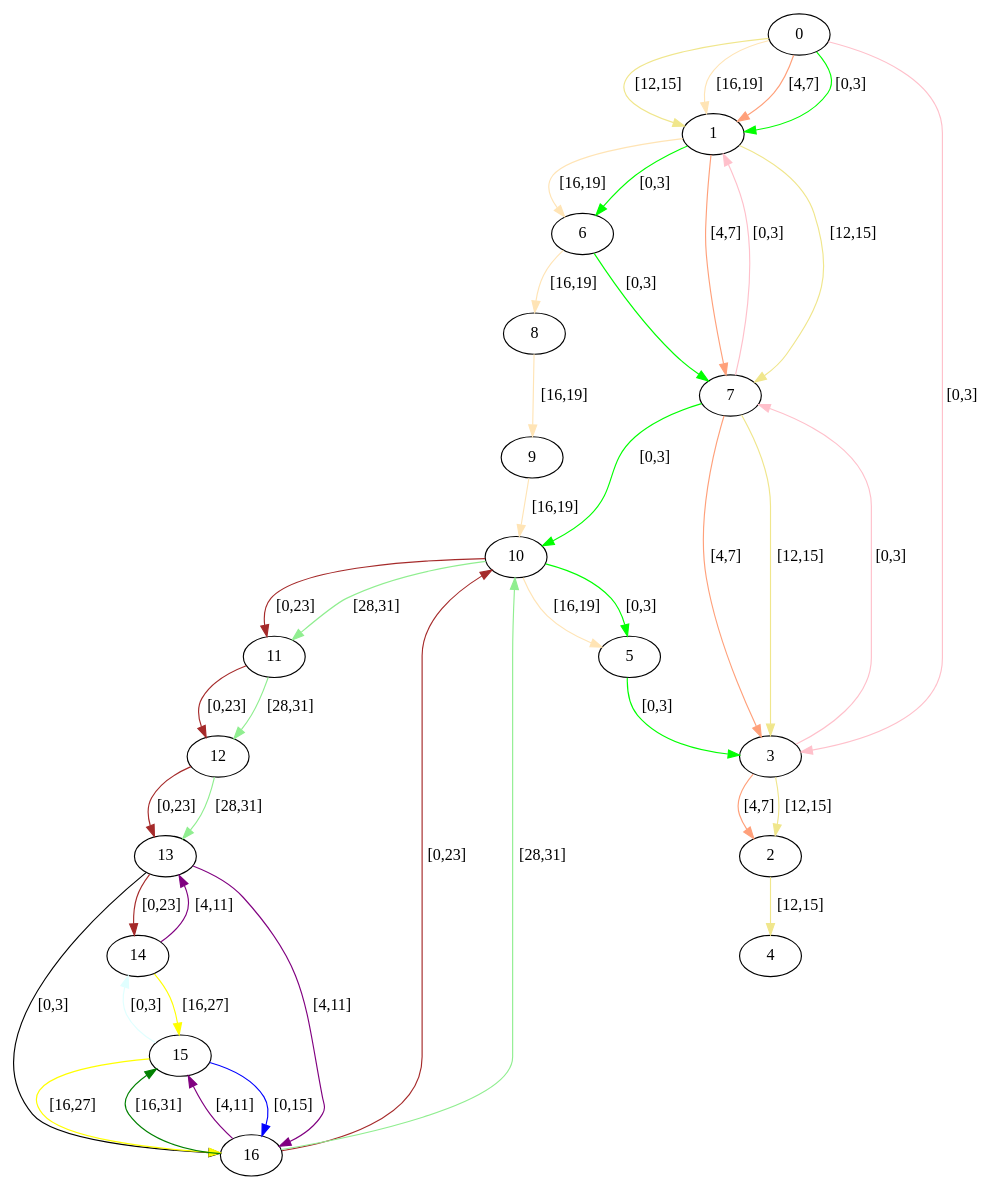
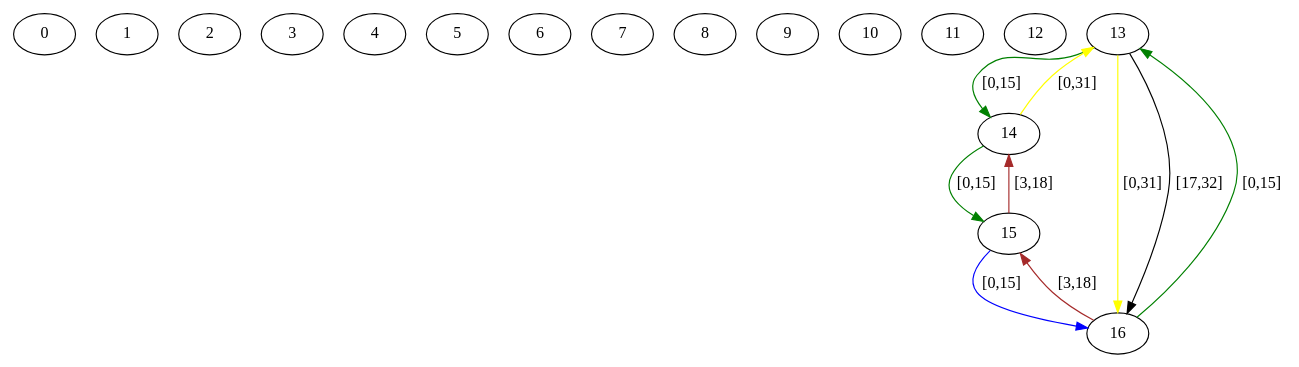
The diagram in src/assignedGraphs/assigned.dot (Hebbe1234/ExpectAll), drawn with Graphviz before and after one commit. The commit also changed 4 other files, not shown here.

```diff
--- a/src/assignedGraphs/assigned.dot
+++ b/src/assignedGraphs/assigned.dot
@@ -1,61 +1,28 @@
 digraph  {
 0 [label=0];
 1 [label=1];
 2 [label=2];
 3 [label=3];
 4 [label=4];
 5 [label=5];
 6 [label=6];
 7 [label=7];
 8 [label=8];
 9 [label=9];
 10 [label=10];
 11 [label=11];
 12 [label=12];
 13 [label=13];
 14 [label=14];
 15 [label=15];
 16 [label=16];
-0 -> 3  [color=pink, key=0, label="[0,3]"];
-0 -> 1  [color=lightsalmon, key=0, label="[4,7]"];
-0 -> 1  [color=lime, key=1, label="[0,3]"];
-0 -> 1  [color=khaki, key=2, label="[12,15]"];
-0 -> 1  [color=moccasin, key=3, label="[16,19]"];
-1 -> 7  [color=lightsalmon, key=0, label="[4,7]"];
-1 -> 7  [color=khaki, key=1, label="[12,15]"];
-1 -> 6  [color=lime, key=0, label="[0,3]"];
-1 -> 6  [color=moccasin, key=1, label="[16,19]"];
-2 -> 4  [color=khaki, key=0, label="[12,15]"];
-3 -> 7  [color=pink, key=0, label="[0,3]"];
-3 -> 2  [color=lightsalmon, key=0, label="[4,7]"];
-3 -> 2  [color=khaki, key=1, label="[12,15]"];
-5 -> 3  [color=lime, key=0, label="[0,3]"];
-6 -> 7  [color=lime, key=0, label="[0,3]"];
-6 -> 8  [color=moccasin, key=0, label="[16,19]"];
-7 -> 1  [color=pink, key=0, label="[0,3]"];
-7 -> 3  [color=lightsalmon, key=0, label="[4,7]"];
-7 -> 3  [color=khaki, key=1, label="[12,15]"];
-7 -> 10  [color=lime, key=0, label="[0,3]"];
-8 -> 9  [color=moccasin, key=0, label="[16,19]"];
-9 -> 10  [color=moccasin, key=0, label="[16,19]"];
-10 -> 11  [color=brown, key=0, label="[0,23]"];
-10 -> 11  [color=lightgreen, key=1, label="[28,31]"];
-10 -> 5  [color=lime, key=0, label="[0,3]"];
-10 -> 5  [color=moccasin, key=1, label="[16,19]"];
-11 -> 12  [color=brown, key=0, label="[0,23]"];
-11 -> 12  [color=lightgreen, key=1, label="[28,31]"];
-12 -> 13  [color=brown, key=0, label="[0,23]"];
-12 -> 13  [color=lightgreen, key=1, label="[28,31]"];
-13 -> 14  [color=brown, key=0, label="[0,23]"];
-13 -> 16  [color=black, key=0, label="[0,3]"];
-13 -> 16  [color=purple, key=1, label="[4,11]"];
-14 -> 15  [color=yellow, key=0, label="[16,27]"];
-14 -> 13  [color=purple, key=0, label="[4,11]"];
+13 -> 14  [color=green, key=0, label="[0,15]"];
+13 -> 16  [color=yellow, key=0, label="[0,31]"];
+13 -> 16  [color=black, key=1, label="[17,32]"];
+14 -> 15  [color=green, key=0, label="[0,15]"];
+14 -> 13  [color=yellow, key=0, label="[0,31]"];
 15 -> 16  [color=blue, key=0, label="[0,15]"];
-15 -> 16  [color=yellow, key=1, label="[16,27]"];
-15 -> 14  [color=lightcyan, key=0, label="[0,3]"];
-16 -> 15  [color=green, key=0, label="[16,31]"];
-16 -> 15  [color=purple, key=1, label="[4,11]"];
-16 -> 10  [color=brown, key=0, label="[0,23]"];
-16 -> 10  [color=lightgreen, key=1, label="[28,31]"];
+15 -> 14  [color=brown, key=0, label="[3,18]"];
+16 -> 13  [color=green, key=0, label="[0,15]"];
+16 -> 15  [color=brown, key=0, label="[3,18]"];
 }
```
